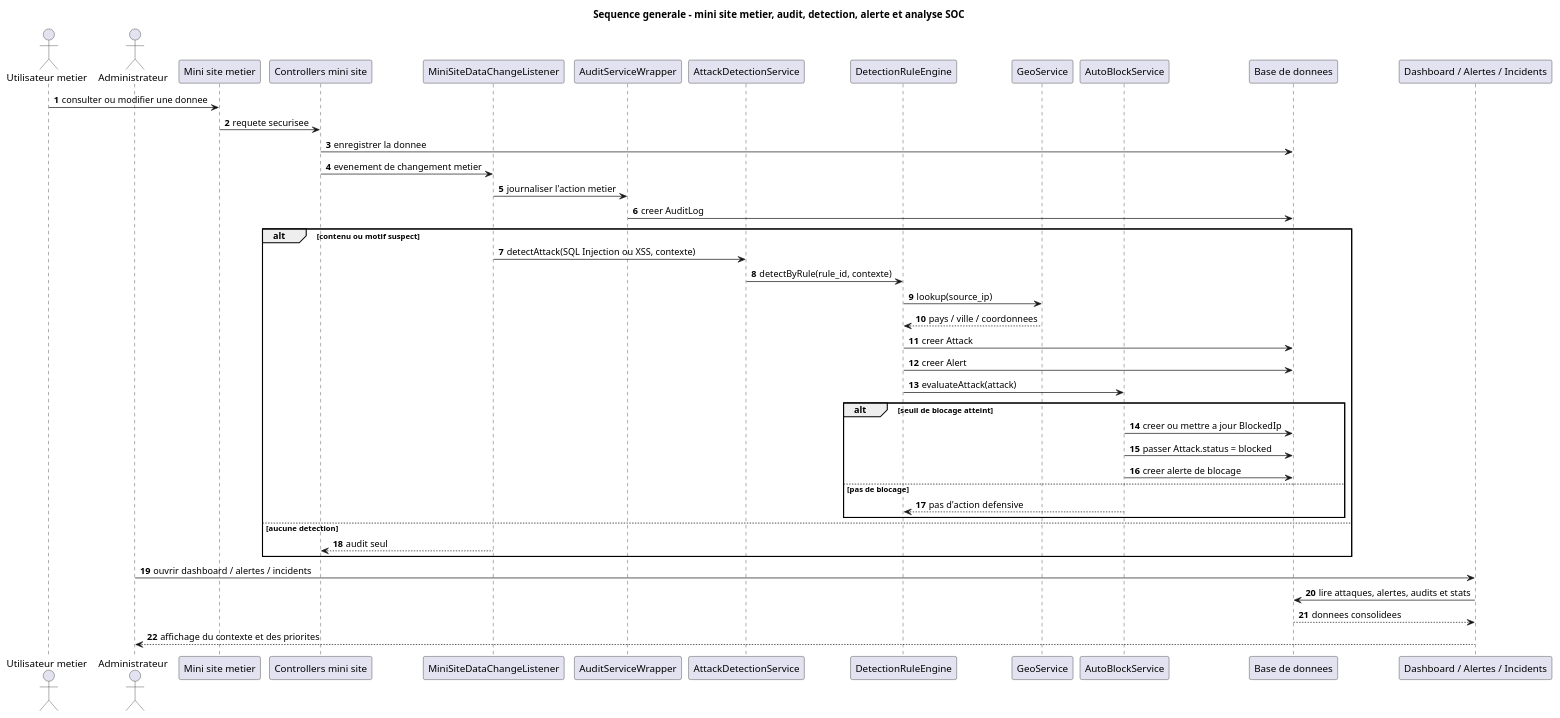
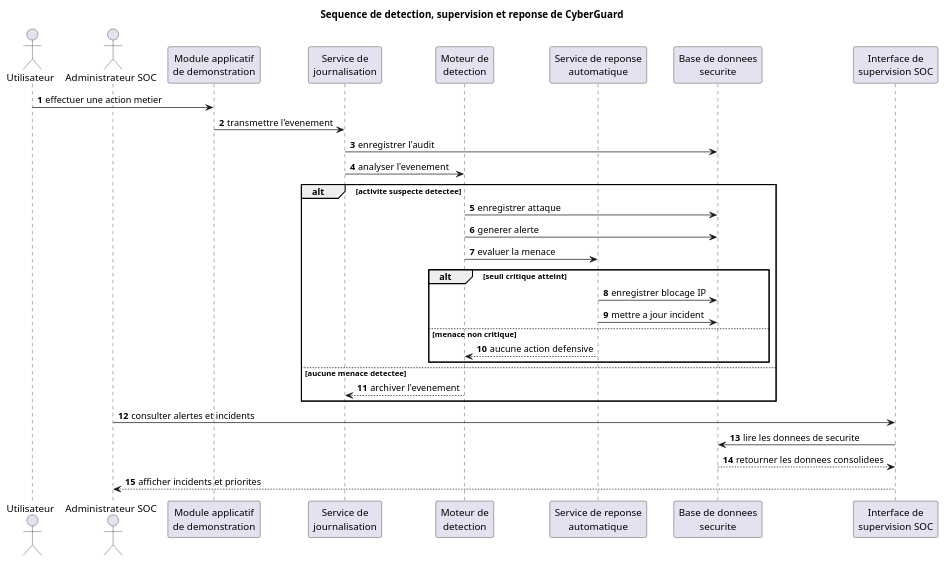
One commit to Adolphe51/Projet-definitif-de-soutenance changed the diagram in public/UML/sequence/sequence-generale.puml. Above: the diagram before and after it, drawn with PlantUML. The commit also changed 159 other files, not shown here.

```diff
--- a/public/UML/sequence/sequence-generale.puml
+++ b/public/UML/sequence/sequence-generale.puml
@@ -1,51 +1,46 @@
-@startuml CyberGuardSequenceGenerale
+@startuml CyberGuardSequenceAcademique
 autonumber
-title Sequence generale - mini site metier, audit, detection, alerte et analyse SOC
+title Sequence de detection, supervision et reponse de CyberGuard
 
-actor "Utilisateur metier" as BusinessUser
-actor "Administrateur" as SocUser
-participant "Mini site metier" as MiniSite
-participant "Controllers mini site" as MiniSiteControllers
-participant "MiniSiteDataChangeListener" as Listener
-participant "AuditServiceWrapper" as Audit
-participant "AttackDetectionService" as DetectService
-participant "DetectionRuleEngine" as RuleEngine
-participant "GeoService" as Geo
-participant "AutoBlockService" as AutoBlock
-participant "Base de donnees" as DB
-participant "Dashboard / Alertes / Incidents" as Supervision
+actor "Utilisateur" as User
+actor "Administrateur SOC" as Admin
 
-BusinessUser -> MiniSite : consulter ou modifier une donnee
-MiniSite -> MiniSiteControllers : requete securisee
-MiniSiteControllers -> DB : enregistrer la donnee
-MiniSiteControllers -> Listener : evenement de changement metier
+participant "Module applicatif\nde demonstration" as App
+participant "Service de\njournalisation" as Audit
+participant "Moteur de\ndetection" as Detect
+participant "Service de reponse\nautomatique" as Response
+participant "Base de donnees\nsecurite" as DB
+participant "Interface de\nsupervision SOC" as SOC
 
-Listener -> Audit : journaliser l'action metier
-Audit -> DB : creer AuditLog
+User -> App : effectuer une action metier
+App -> Audit : transmettre l'evenement
+Audit -> DB : enregistrer l'audit
 
-alt contenu ou motif suspect
-  Listener -> DetectService : detectAttack(SQL Injection ou XSS, contexte)
-  DetectService -> RuleEngine : detectByRule(rule_id, contexte)
-  RuleEngine -> Geo : lookup(source_ip)
-  Geo --> RuleEngine : pays / ville / coordonnees
-  RuleEngine -> DB : creer Attack
-  RuleEngine -> DB : creer Alert
-  RuleEngine -> AutoBlock : evaluateAttack(attack)
+Audit -> Detect : analyser l'evenement
 
-  alt seuil de blocage atteint
-    AutoBlock -> DB : creer ou mettre a jour BlockedIp
-    AutoBlock -> DB : passer Attack.status = blocked
-    AutoBlock -> DB : creer alerte de blocage
-  else pas de blocage
-    AutoBlock --> RuleEngine : pas d'action defensive
-  end
-else aucune detection
-  Listener --> MiniSiteControllers : audit seul
+alt activite suspecte detectee
+
+Detect -> DB : enregistrer attaque
+Detect -> DB : generer alerte
+
+Detect -> Response : evaluer la menace
+
+alt seuil critique atteint
+    Response -> DB : enregistrer blocage IP
+    Response -> DB : mettre a jour incident
+else menace non critique
+    Response --> Detect : aucune action defensive
 end
 
-SocUser -> Supervision : ouvrir dashboard / alertes / incidents
-Supervision -> DB : lire attaques, alertes, audits et stats
-DB --> Supervision : donnees consolidees
-Supervision --> SocUser : affichage du contexte et des priorites
+else aucune menace detectee
+
+Detect --> Audit : archiver l'evenement
+
+end
+
+Admin -> SOC : consulter alertes et incidents
+SOC -> DB : lire les donnees de securite
+DB --> SOC : retourner les donnees consolidees
+SOC --> Admin : afficher incidents et priorites
 
 @enduml
```
